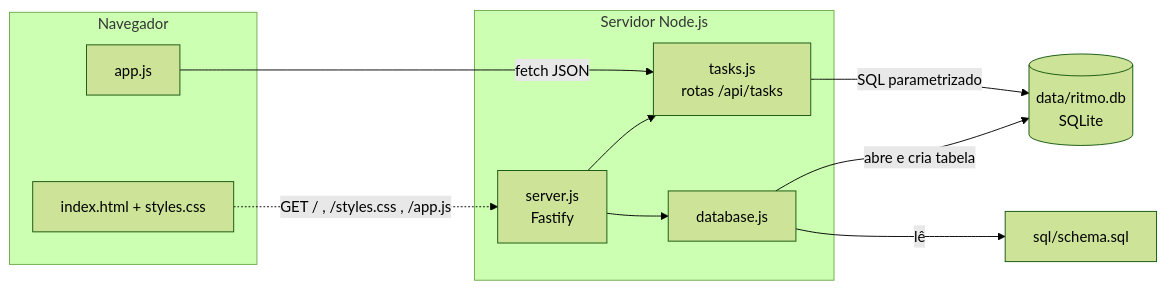
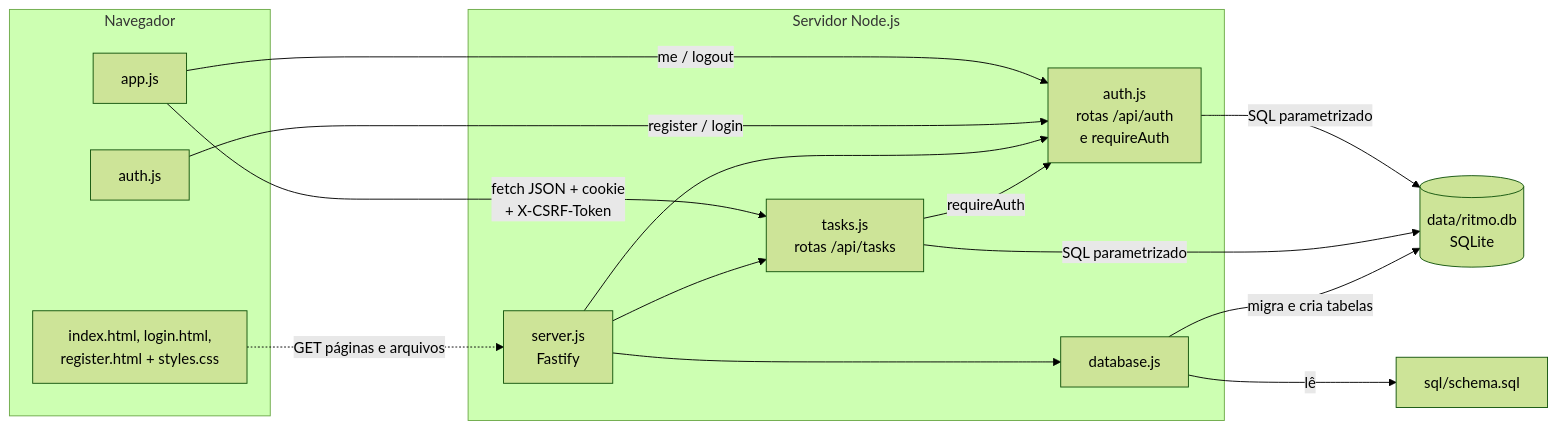
Before and after one commit to morexiety/ritmo: the first of 4 diagrams in docs/arquitetura.md, drawn with Mermaid (forest theme). The commit also changed other lines of this file and 23 other files, not shown here.

````diff
--- a/docs/arquitetura.md
+++ b/docs/arquitetura.md
@@ -5,24 +5,31 @@
 ```mermaid
 flowchart LR
   subgraph navegador["Navegador"]
-    UI["index.html + styles.css"]
+    UI["index.html, login.html,<br/>register.html + styles.css"]
     JS["app.js"]
+    AJS["auth.js"]
   end
 
   subgraph servidor["Servidor Node.js"]
     SRV["server.js<br/>Fastify"]
+    AUTH["auth.js<br/>rotas /api/auth<br/>e requireAuth"]
     API["tasks.js<br/>rotas /api/tasks"]
     DBM["database.js"]
   end
 
   FILE[("data/ritmo.db<br/>SQLite")]
   SCHEMA["sql/schema.sql"]
 
-  JS -- "fetch JSON" --> API
-  UI -. "GET / , /styles.css , /app.js" .-> SRV
+  JS -- "fetch JSON + cookie<br/>+ X-CSRF-Token" --> API
+  JS -- "me / logout" --> AUTH
+  AJS -- "register / login" --> AUTH
+  UI -. "GET páginas e arquivos" .-> SRV
+  SRV --> AUTH
   SRV --> API
   SRV --> DBM
+  API -- "requireAuth" --> AUTH
   DBM -- "lê" --> SCHEMA
+  AUTH -- "SQL parametrizado" --> FILE
   API -- "SQL parametrizado" --> FILE
-  DBM -- "abre e cria tabela" --> FILE
+  DBM -- "migra e cria tabelas" --> FILE
 ```
````
